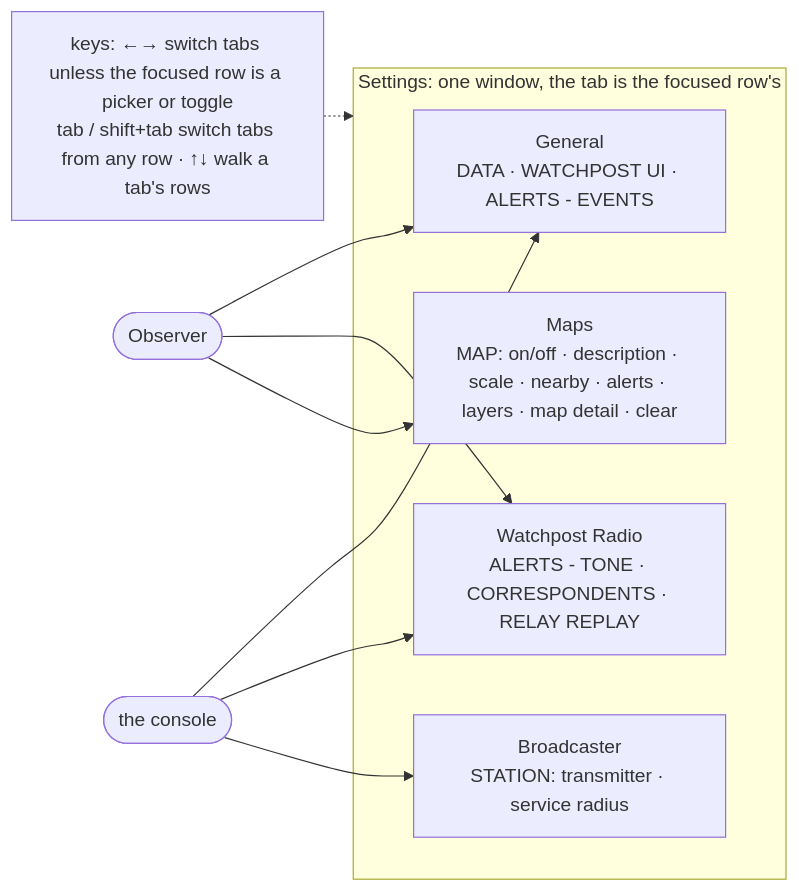
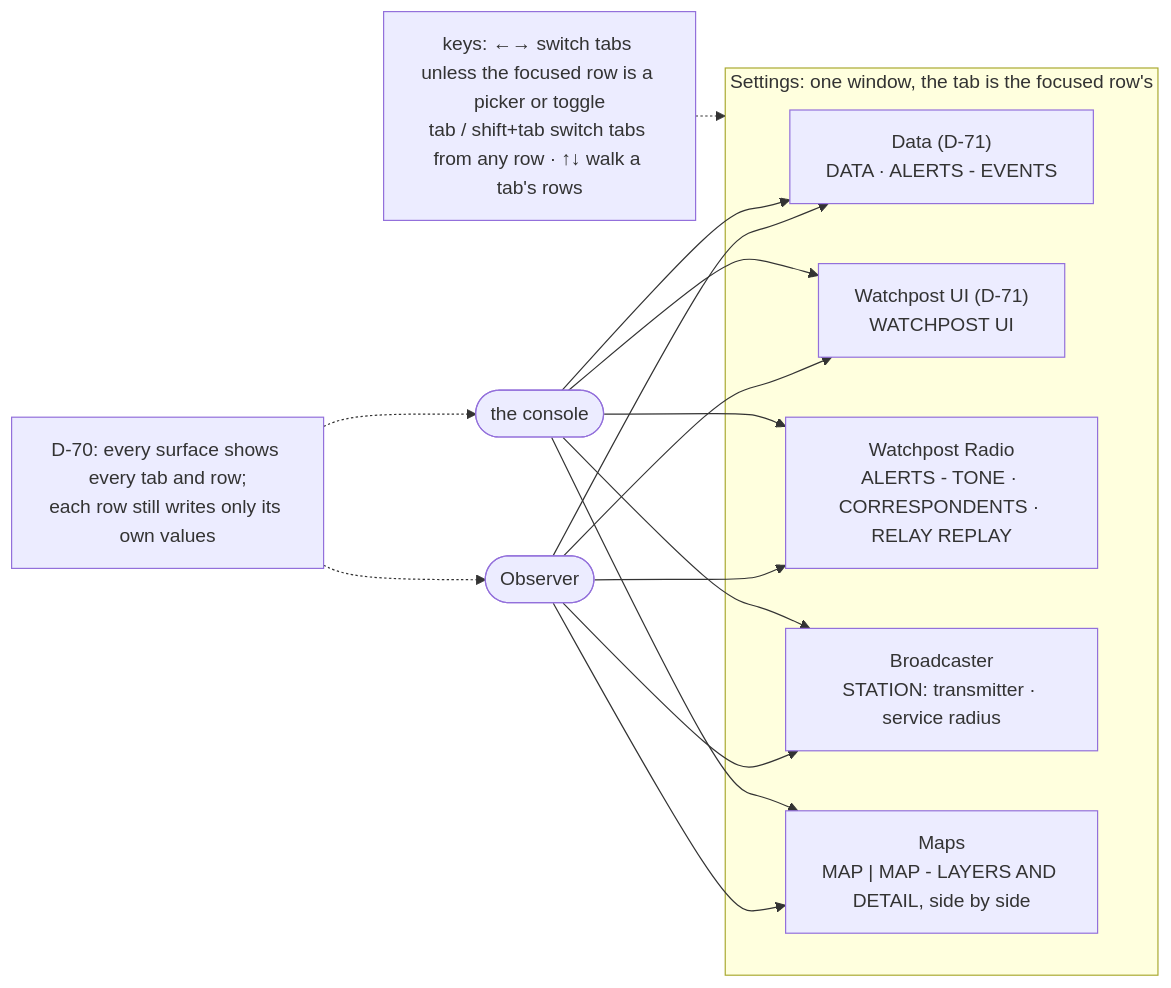
One commit to branden-thompson/watchpost changed the fourth of 4 diagrams in 06_docs/02_features/observer-maps/03-architecture-design/as-built-map.md. Above: the diagram before and after it, drawn with Mermaid. The commit also changed other lines of this file and 49 other files, not shown here.

First line of the commit message:
0.18.0 batch 13: UAT-1's second pass; the detail level on go-tuiMaps rc.9

````diff
--- a/06_docs/02_features/observer-maps/03-architecture-design/as-built-map.md
+++ b/06_docs/02_features/observer-maps/03-architecture-design/as-built-map.md
@@ -106,12 +106,14 @@
 ```mermaid
 flowchart LR
   subgraph S["Settings: one window, the tab is the focused row's"]
-    G["General\nDATA · WATCHPOST UI · ALERTS - EVENTS"]
+    DA["Data (D-71)\nDATA · ALERTS - EVENTS"]
+    UI["Watchpost UI (D-71)\nWATCHPOST UI"]
     R["Watchpost Radio\nALERTS - TONE · CORRESPONDENTS · RELAY REPLAY"]
     B["Broadcaster\nSTATION: transmitter · service radius"]
-    M["Maps\nMAP: on/off · description · scale · nearby · alerts · layers · map detail · clear"]
+    M["Maps\nMAP | MAP - LAYERS AND DETAIL, side by side"]
   end
-  O(["Observer"]) --> G & R & M
-  C(["the console"]) --> G & R & B
+  O(["Observer"]) --> DA & UI & R & B & M
+  C(["the console"]) --> DA & UI & R & B & M
+  N["D-70: every surface shows every tab and row;\neach row still writes only its own values"] -.-> O & C
   K["keys: ←→ switch tabs unless the focused row is a picker or toggle\ntab / shift+tab switch tabs from any row · ↑↓ walk a tab's rows"] -.-> S
 ```
````
